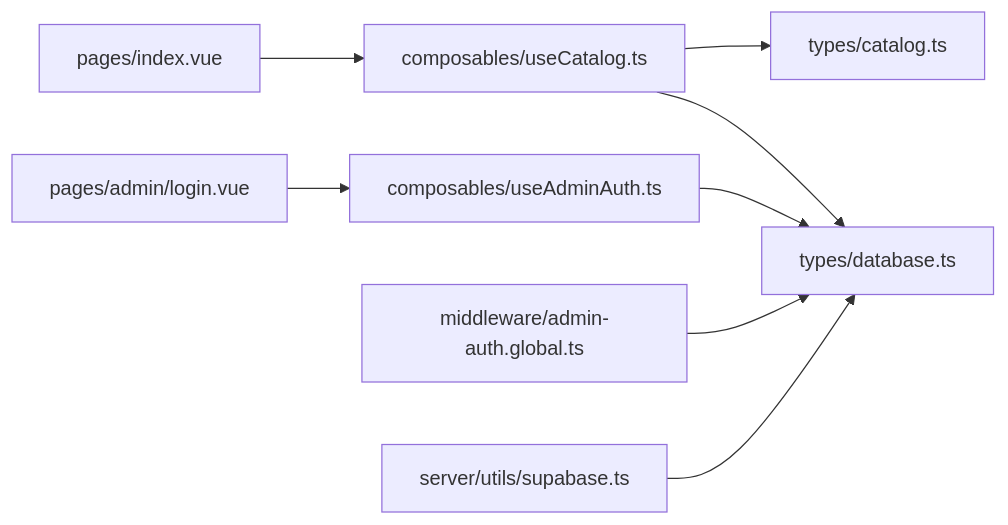
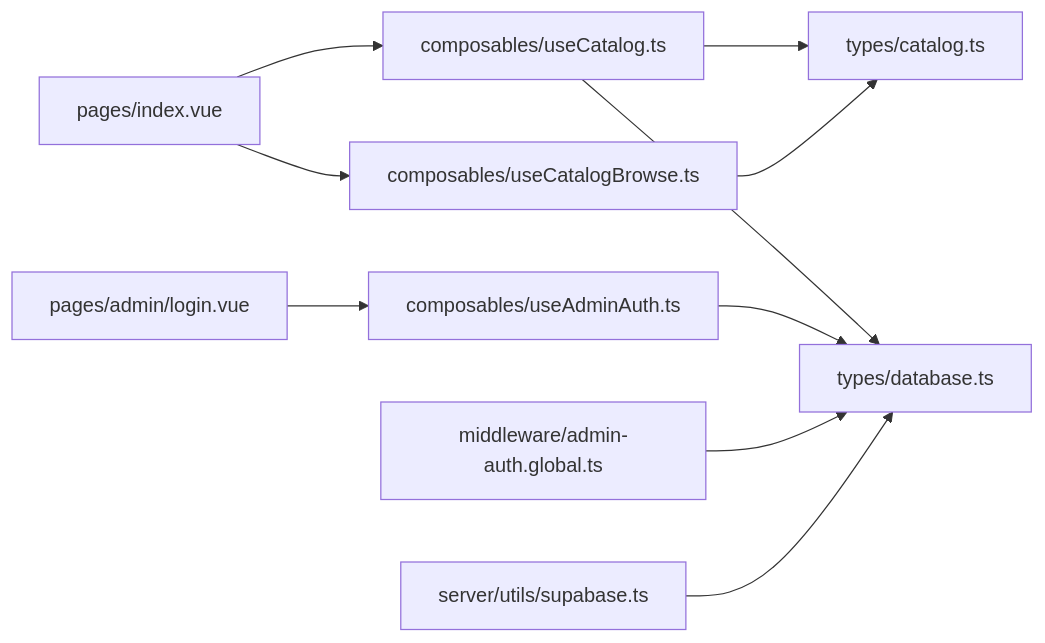
The eighth of 8 diagrams in .qoder/repowiki/en/content/Architecture & Design/Frontend Architecture/State Management & Composables.md (RaccoonPie-314/Raccoon-Gear-Bin), drawn with Mermaid before and after one commit. The commit also changed other lines of this file and 65 other files, not shown here.

````diff
--- a/.qoder/repowiki/en/content/Architecture & Design/Frontend Architecture/State Management & Composables.md
+++ b/.qoder/repowiki/en/content/Architecture & Design/Frontend Architecture/State Management & Composables.md
@@ -322,10 +384,12 @@
 ```mermaid
 graph LR
 Index["pages/index.vue"] --> UC["composables/useCatalog.ts"]
+Index --> UCB["composables/useCatalogBrowse.ts"]
 Login["pages/admin/login.vue"] --> UA["composables/useAdminAuth.ts"]
 UC --> Types["types/catalog.ts"]
 UC --> DBT["types/database.ts"]
+UCB --> Types
 UA --> DBT
 MW["middleware/admin-auth.global.ts"] --> DBT
 SU["server/utils/supabase.ts"] --> DBT
 ```
````
